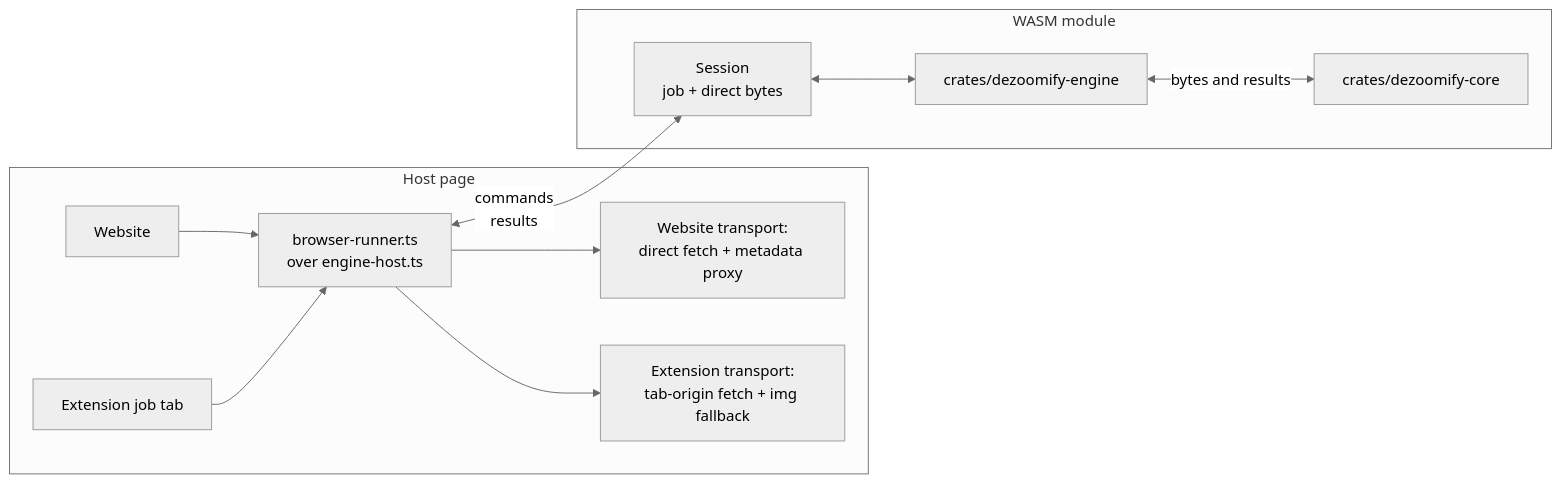
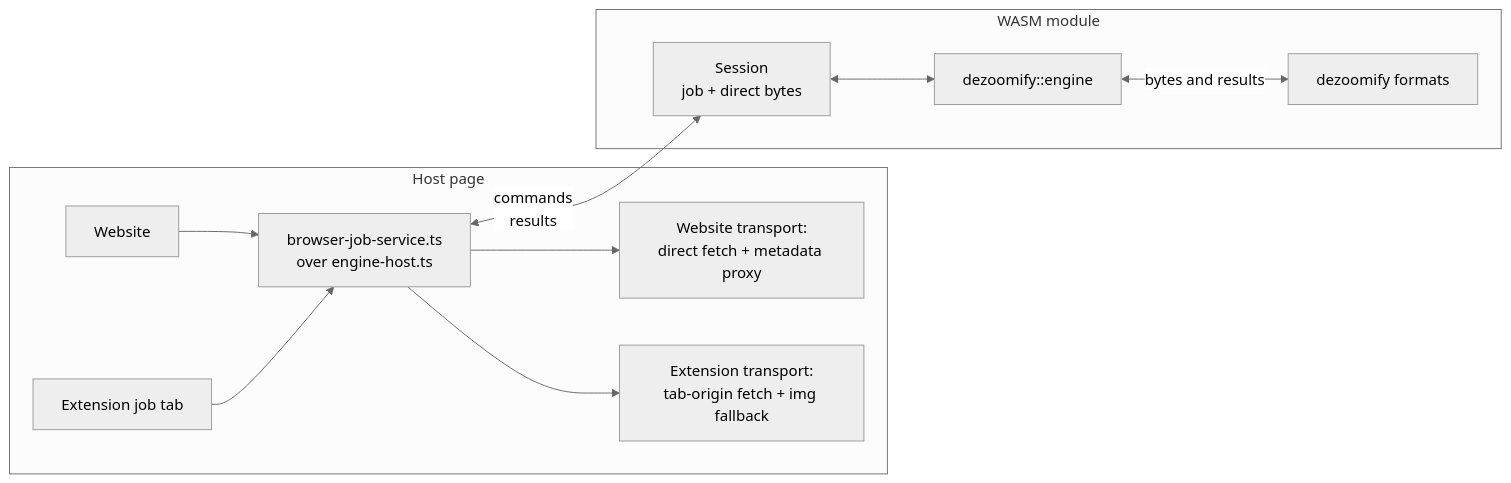
Before and after one commit to lovasoa/dezoomify: the second of 3 diagrams in docs/architecture.md, drawn with Mermaid (neutral theme). The commit also changed other lines of this file and 241 other files, not shown here.

````diff
--- a/docs/architecture.md
+++ b/docs/architecture.md
@@ -54,22 +63,22 @@
 ```mermaid
 flowchart LR
     subgraph PAGE[Host page]
         SITE[Website]
         EXT[Extension job tab]
-        EH[browser-runner.ts<br/>over engine-host.ts]
+        EH[browser-job-service.ts<br/>over engine-host.ts]
         T1[Website transport:<br/>direct fetch + metadata proxy]
         T2[Extension transport:<br/>tab-origin fetch + img fallback]
     end
     subgraph WASM[WASM module]
         SES[Session<br/>job + direct bytes]
-        JOB[crates/dezoomify-engine]
-        CORE[crates/dezoomify-core]
+        JOB[dezoomify::engine]
+        FORMATS[dezoomify formats]
     end
     SITE --> EH
     EXT --> EH
     EH --> T1
     EH --> T2
     EH <-->|commands<br/>results| SES
     SES <--> JOB
-    JOB <-->|bytes and results| CORE
+    JOB <-->|bytes and results| FORMATS
 ```
````
